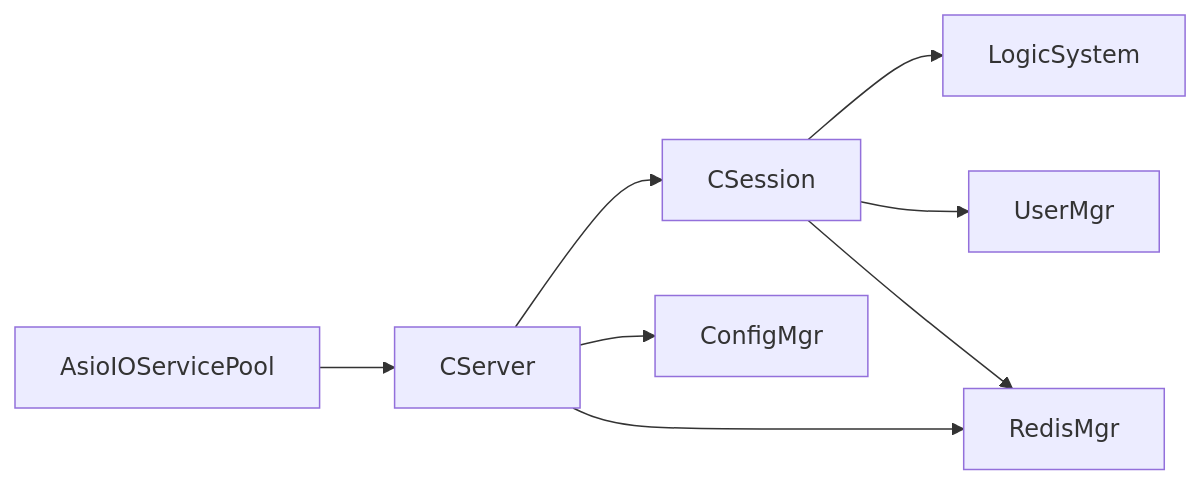
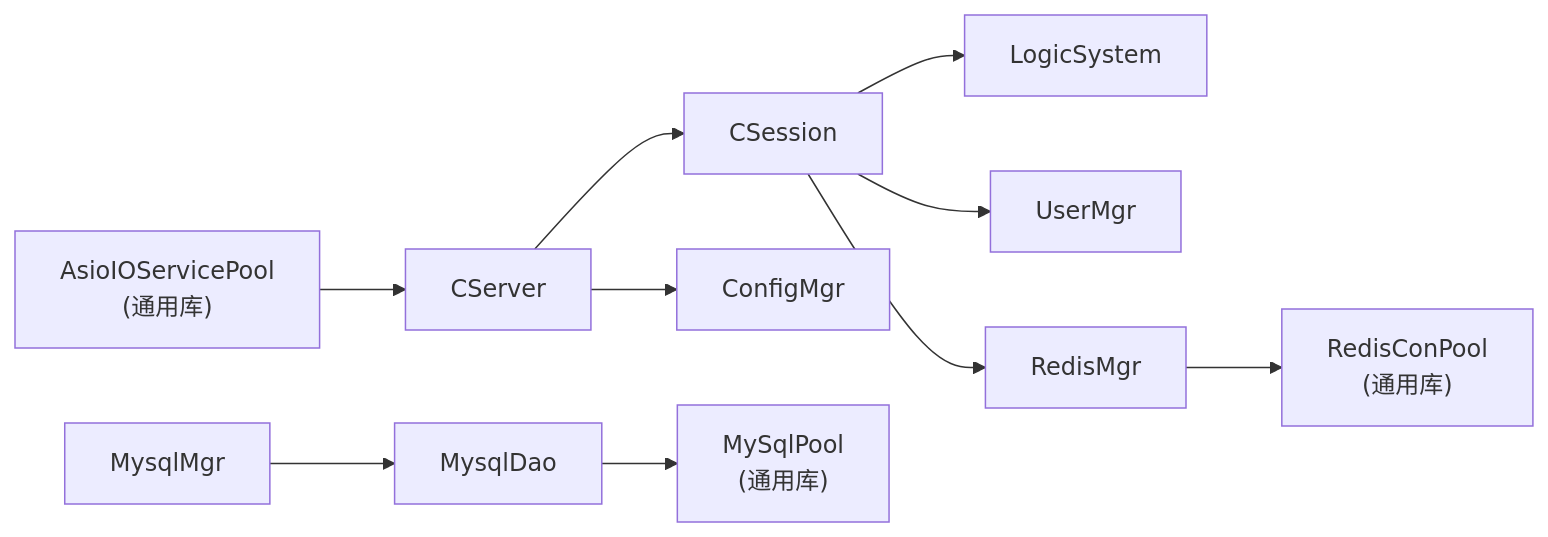
One commit to echo9923/mychatter changed the eighth of 8 diagrams in .qoder/repowiki/zh/content/性能优化/网络通信优化/连接池管理.md. Above: the diagram before and after it, drawn with Mermaid. The commit also changed other lines of this file and 107 other files, not shown here.

````diff
--- a/.qoder/repowiki/zh/content/性能优化/网络通信优化/连接池管理.md
+++ b/.qoder/repowiki/zh/content/性能优化/网络通信优化/连接池管理.md
@@ -311,10 +456,12 @@
 ```mermaid
 graph LR
-Pool["AsioIOServicePool"] --> Server["CServer"]
+Pool["AsioIOServicePool<br/>(通用库)"] --> Server["CServer"]
 Server --> Session["CSession"]
 Session --> Logic["LogicSystem"]
 Session --> UserMgr["UserMgr"]
-Session --> Redis["RedisMgr"]
-Server --> Redis
+Session --> RedisMgr["RedisMgr"]
+RedisMgr --> RedisPool["RedisConPool<br/>(通用库)"]
 Server --> Config["ConfigMgr"]
+MysqlMgr["MysqlMgr"] --> MysqlDao["MysqlDao"]
+MysqlDao --> MySqlPool["MySqlPool<br/>(通用库)"]
 ```
````
